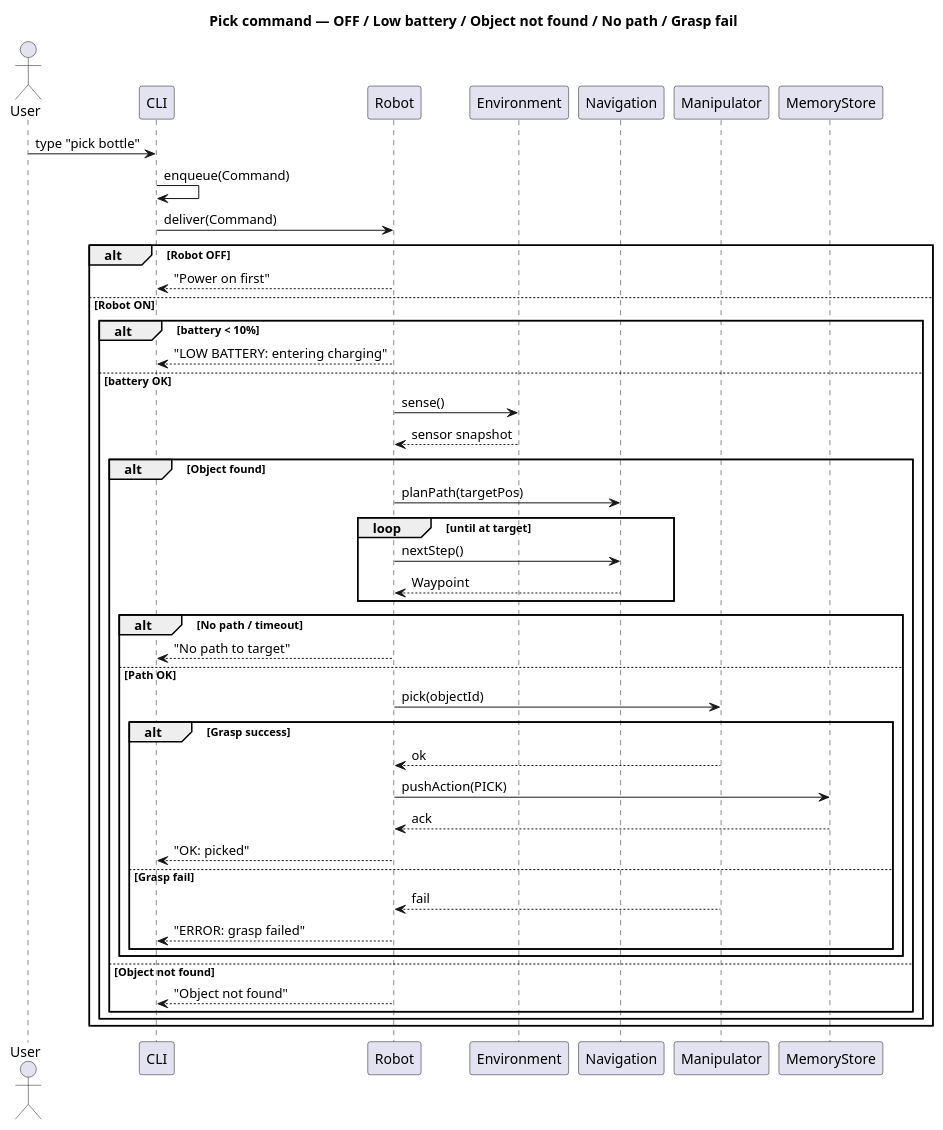
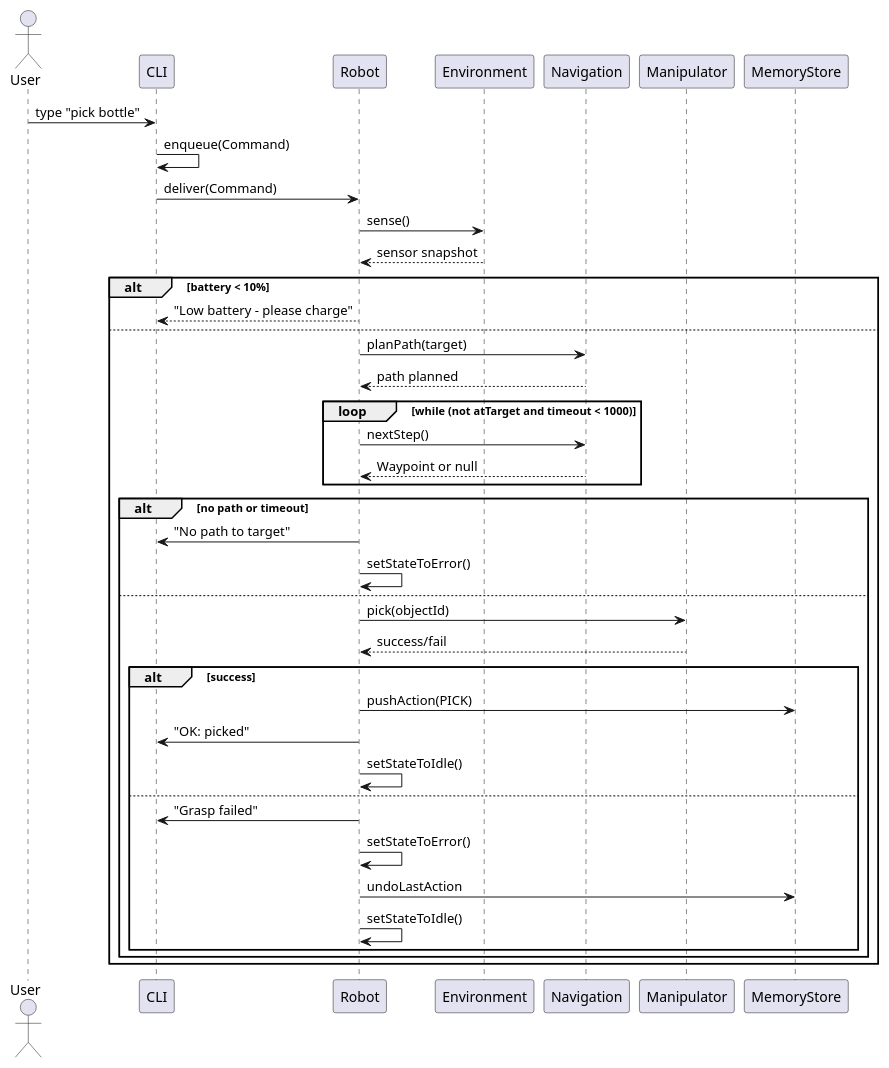
One commit to va-angelier/va-angelier.github.io changed the diagram in OOP_PCOM7E_Assignment/uml/sequence_diagram.puml. Above: the diagram before and after it, drawn with PlantUML. The commit also changed 26 other files, not shown here.

Commit message:
Latest UML + images and updated readme

```diff
--- a/OOP_PCOM7E_Assignment/uml/sequence_diagram.puml
+++ b/OOP_PCOM7E_Assignment/uml/sequence_diagram.puml
@@ -1,48 +1,41 @@
 @startuml
-title Pick command — OFF / Low battery / Object not found / No path / Grasp fail
 actor User
 participant CLI
 participant Robot
 participant Environment
 participant Navigation
 participant Manipulator
 participant MemoryStore
-
 User -> CLI : type "pick bottle"
 CLI -> CLI : enqueue(Command)
 CLI -> Robot : deliver(Command)
-
-alt Robot OFF
-  Robot --> CLI : "Power on first"
-else Robot ON
-  alt battery < 10%
-    Robot --> CLI : "LOW BATTERY: entering charging"
-  else battery OK
-    Robot -> Environment : sense()
-    Environment --> Robot : sensor snapshot
-    alt Object found
-      Robot -> Navigation : planPath(targetPos)
-      loop until at target
-        Robot -> Navigation : nextStep()
-        Navigation --> Robot : Waypoint
-      end
-      alt No path / timeout
-        Robot --> CLI : "No path to target"
-      else Path OK
-        Robot -> Manipulator : pick(objectId)
-        alt Grasp success
-          Manipulator --> Robot : ok
-          Robot -> MemoryStore : pushAction(PICK)
-          MemoryStore --> Robot : ack
-          Robot --> CLI : "OK: picked"
-        else Grasp fail
-          Manipulator --> Robot : fail
-          Robot --> CLI : "ERROR: grasp failed"
-        end
-      end
-    else Object not found
-      Robot --> CLI : "Object not found"
+Robot -> Environment : sense()
+Environment --> Robot : sensor snapshot
+alt battery < 10%
+  Robot --> CLI : "Low battery – please charge"
+else
+  Robot -> Navigation : planPath(target)
+  Navigation --> Robot : path planned
+  loop while (not atTarget and timeout < 1000)
+    Robot -> Navigation : nextStep()
+    Navigation --> Robot : Waypoint or null
+  end
+  alt no path or timeout
+    Robot -> CLI : "No path to target"
+    Robot -> Robot : setStateToError()
+  else
+    Robot -> Manipulator : pick(objectId)
+    Manipulator --> Robot : success/fail
+    alt success
+      Robot -> MemoryStore : pushAction(PICK)
+      Robot -> CLI : "OK: picked"
+      Robot -> Robot : setStateToIdle()
+    else
+      Robot -> CLI : "Grasp failed"
+      Robot -> Robot : setStateToError()
+      Robot -> MemoryStore : undoLastAction
+      Robot -> Robot : setStateToIdle()
     end
   end
 end
 @enduml
```
